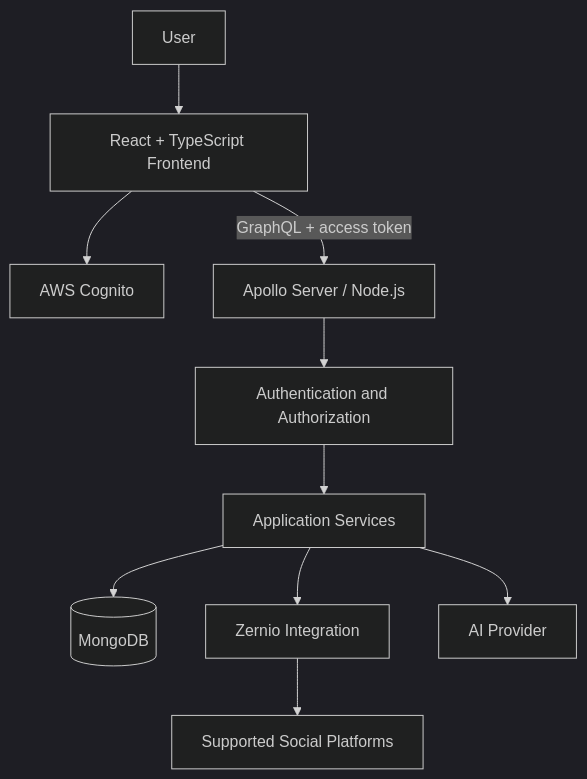
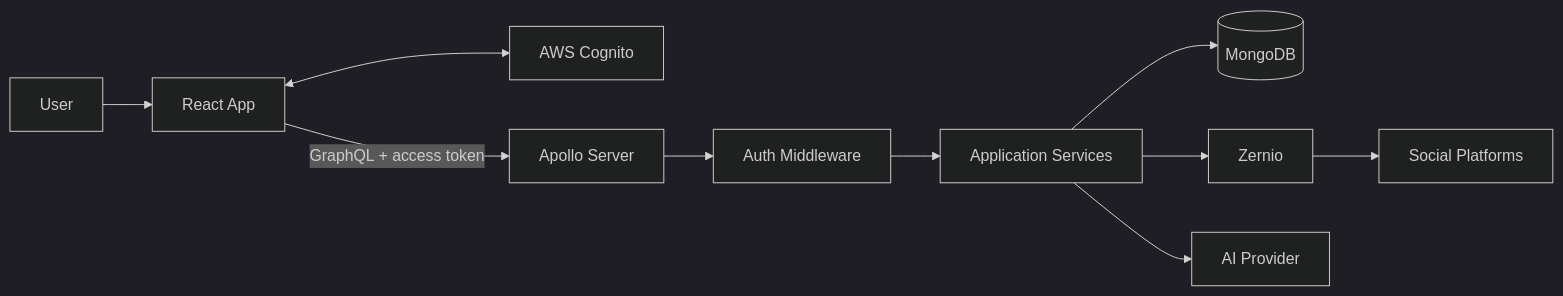
One commit to Andresha56/post-it changed the first of 3 diagrams in README.md. Above: the diagram before and after it, drawn with Mermaid (dark theme). The commit also changed other lines of this file, not shown here.

````diff
--- a/README.md
+++ b/README.md
@@ -113,12 +41,12 @@
-``` mermaid
-flowchart TD
-    U[User] --> FE[React + TypeScript Frontend]
-    FE --> AUTH[AWS Cognito]
-    FE -->|GraphQL + access token| API[Apollo Server / Node.js]
-    API --> MW[Authentication and Authorization]
-    MW --> SVC[Application Services]
+```mermaid
+flowchart LR
+    U[User] --> FE[React App]
+    FE <--> C[AWS Cognito]
+    FE -->|GraphQL + access token| API[Apollo Server]
+    API --> AUTH[Auth Middleware]
+    AUTH --> SVC[Application Services]
     SVC --> DB[(MongoDB)]
-    SVC --> Z[Zernio Integration]
+    SVC --> Z[Zernio]
     SVC --> AI[AI Provider]
-    Z --> SOCIAL[Supported Social Platforms]
+    Z --> SP[Social Platforms]
 ```
````
